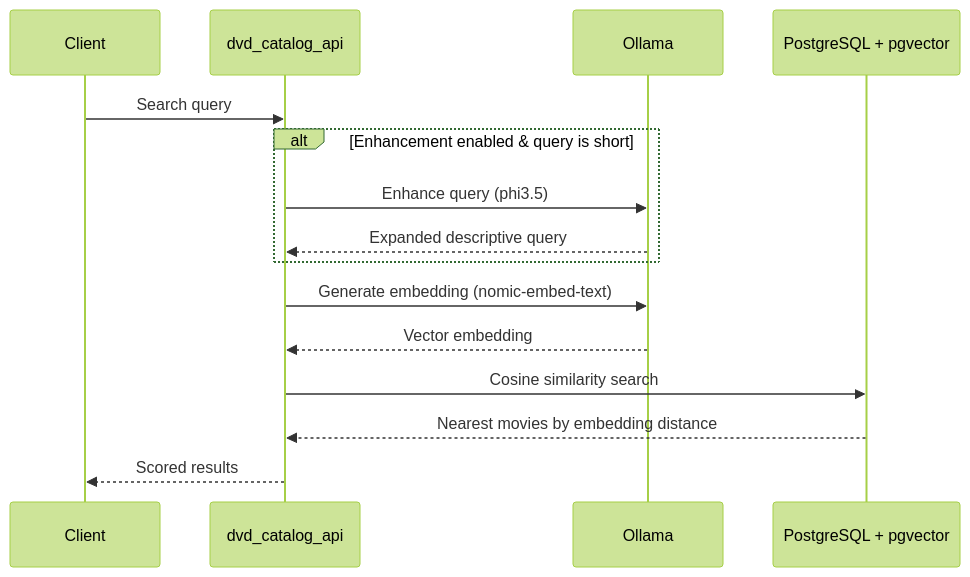
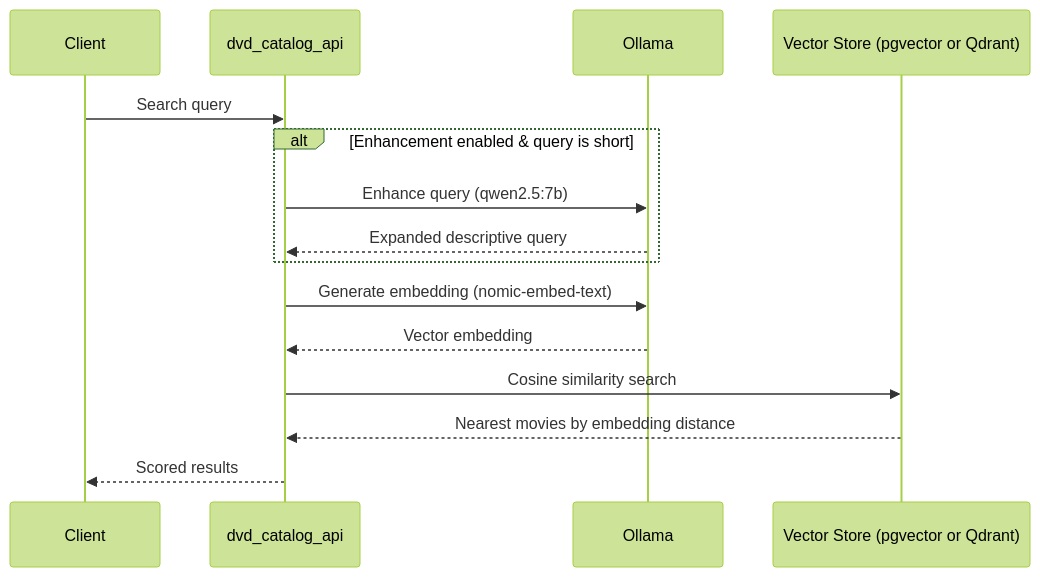
The third of 5 diagrams in Documentation/Diagrams/SEARCH_FLOW.md (1x2kb/dvd_categorize), drawn with Mermaid (forest theme) before and after one commit. The commit also changed other lines of this file and 9 other files, not shown here.

````diff
--- a/Documentation/Diagrams/SEARCH_FLOW.md
+++ b/Documentation/Diagrams/SEARCH_FLOW.md
@@ -42,22 +45,22 @@
 ```mermaid
 sequenceDiagram
     participant Client
     participant API as dvd_catalog_api
     participant Ollama
-    participant PG as PostgreSQL + pgvector
+    participant VectorStore as Vector Store (pgvector or Qdrant)
 
     Client->>API: Search query
     
     alt Enhancement enabled & query is short
-        API->>Ollama: Enhance query (phi3.5)
+        API->>Ollama: Enhance query (qwen2.5:7b)
         Ollama-->>API: Expanded descriptive query
     end
 
     API->>Ollama: Generate embedding (nomic-embed-text)
     Ollama-->>API: Vector embedding
 
-    API->>PG: Cosine similarity search
-    PG-->>API: Nearest movies by embedding distance
+    API->>VectorStore: Cosine similarity search
+    VectorStore-->>API: Nearest movies by embedding distance
 
     API-->>Client: Scored results
 ```
````
